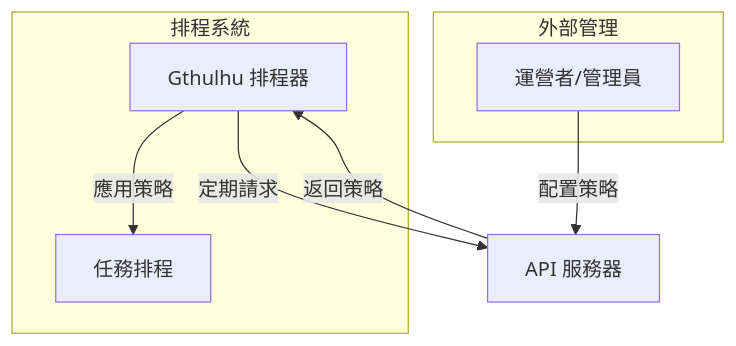
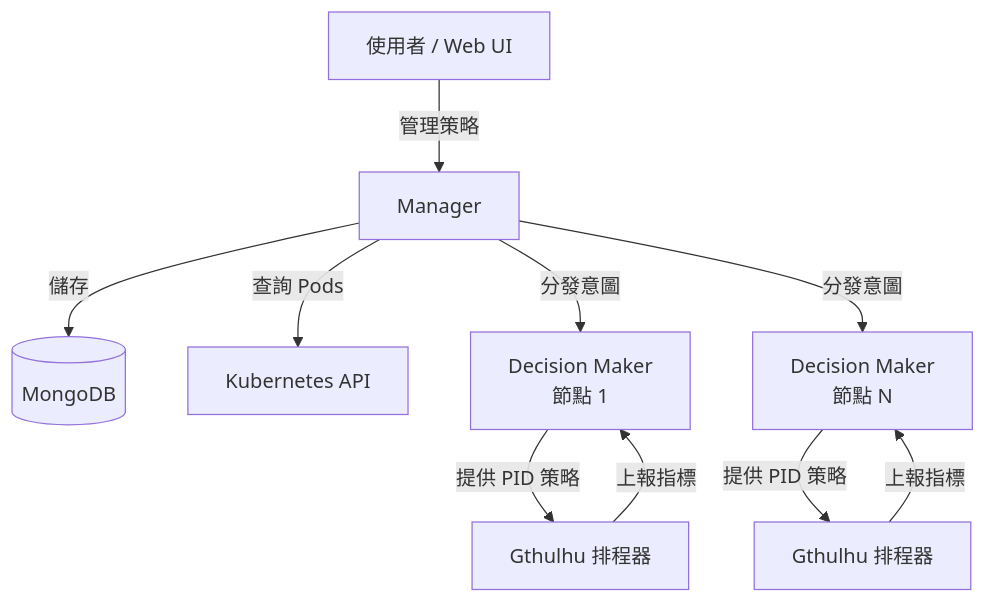
Before and after one commit to Gthulhu/docs: the fourth of 6 diagrams in docs/how-it-works.zh.md, drawn with Mermaid. The commit also changed other lines of this file and 1 other file, not shown here.

First line of the commit message:
Update how-it-works page (EN/ZH) with current architecture

````diff
--- a/docs/how-it-works.zh.md
+++ b/docs/how-it-works.zh.md
@@ -80,16 +191,12 @@
 ```mermaid
 graph TB
-    A[Gthulhu 排程器] -->|定期請求| B[API 服務器]
-    C[運營者/管理員] -->|配置策略| B
-    B -->|返回策略| A
-    A -->|應用策略| D[任務排程]
-    
-    subgraph "外部管理"
-        C
-    end
-    
-    subgraph "排程系統"
-        A
-        D
-    end
+    A[使用者 / Web UI] -->|管理策略| B[Manager]
+    B -->|儲存| C[(MongoDB)]
+    B -->|查詢 Pods| D[Kubernetes API]
+    B -->|分發意圖| E[Decision Maker<br/>節點 1]
+    B -->|分發意圖| F[Decision Maker<br/>節點 N]
+    E -->|提供 PID 策略| G[Gthulhu 排程器]
+    F -->|提供 PID 策略| H[Gthulhu 排程器]
+    G -->|上報指標| E
+    H -->|上報指標| F
 ```
````
